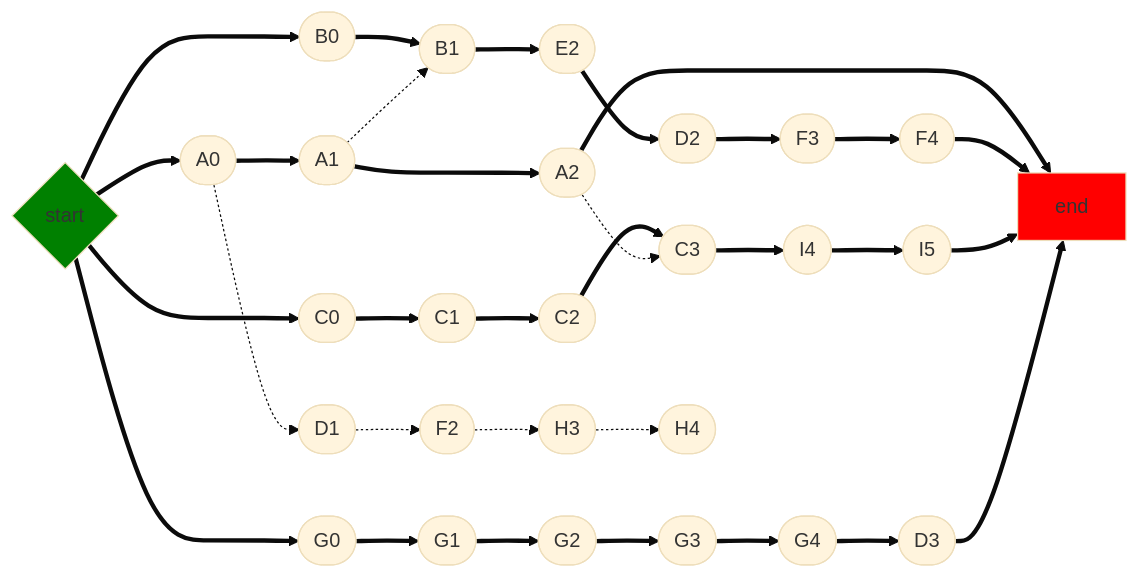
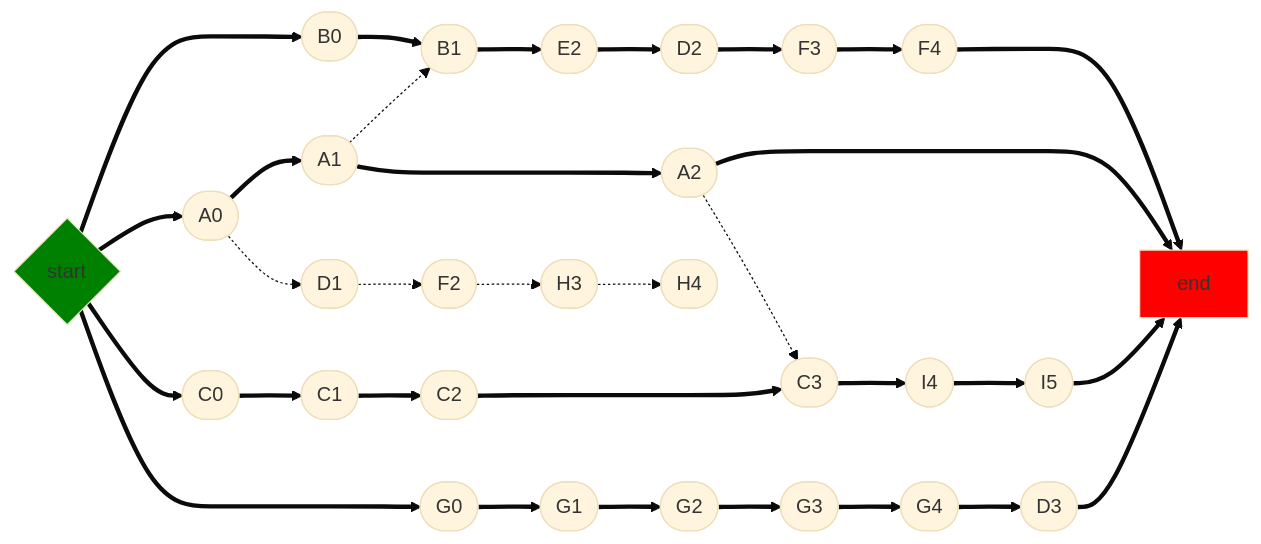
One commit to AllenLeeyn/lem-in changed the sixth of 7 diagrams in README.md. Above: the diagram before and after it, drawn with Mermaid (base theme). The commit also changed other lines of this file and 6 other files, not shown here.

Commit message:
Refactoring & renaming for readability. Add comments. Update README.md: task list and flowchart. Change m.printMaze(): the printed result is build in m.setMaze()

````diff
--- a/README.md
+++ b/README.md
@@ -119,14 +121,15 @@
 ```mermaid
 flowchart LR
-Start{start} ==> A0([A0]) ==> A1([A1]) ==> A2([A2]) ==> End[end]
 Start{start} ==> B0([B0]) ==> B1([B1]) ==> E2([E2]) ==> D2([D2]) ==> F3([F3]) ==> F4([F4]) ==> End[end]
-Start{start} ==> C0([C0]) ==> C1([C1]) ==> C2([C2]) ==> C3([C3]) ==> I4([I4]) ==> I5([I5]) ==> End[end]
+Start{start} ==> A0([A0]) ==> A1([A1]) ====> A2([A2]) ==> End[end]
+A2([A2]) -.-> C3([C3])
+Start{start} ==> C0([C0]) ==> C1([C1]) ==> C2([C2]) ====> C3([C3]) ==> I4([I4]) ==> I5([I5]) ==> End[end]
+
+A0([A0]) -.-> D1([D1]) -.-> F2([F2]) -.-> H3([H3]) -.-> H4([H4])
 Start{start} ==> G0([G0]) ==> G1([G1]) ==> G2([G2]) ==> G3([G3]) ==> G4([G4]) ==> D3([D3]) ==> End[end]
-A0([A0]) -.-> D1([D1]) -.-> F2([F2]) -.-> H3([H3]) -.-> H4([H4])
 A1([A1]) -.-> B1([B1])
-A2([A2]) -.-> C3([C3])
 
 %%style
     style Start fill:green
     style End fill:red
 ```
````
